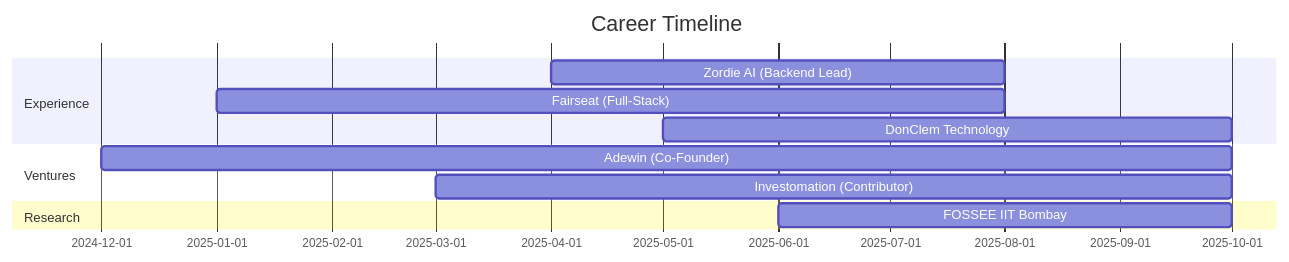
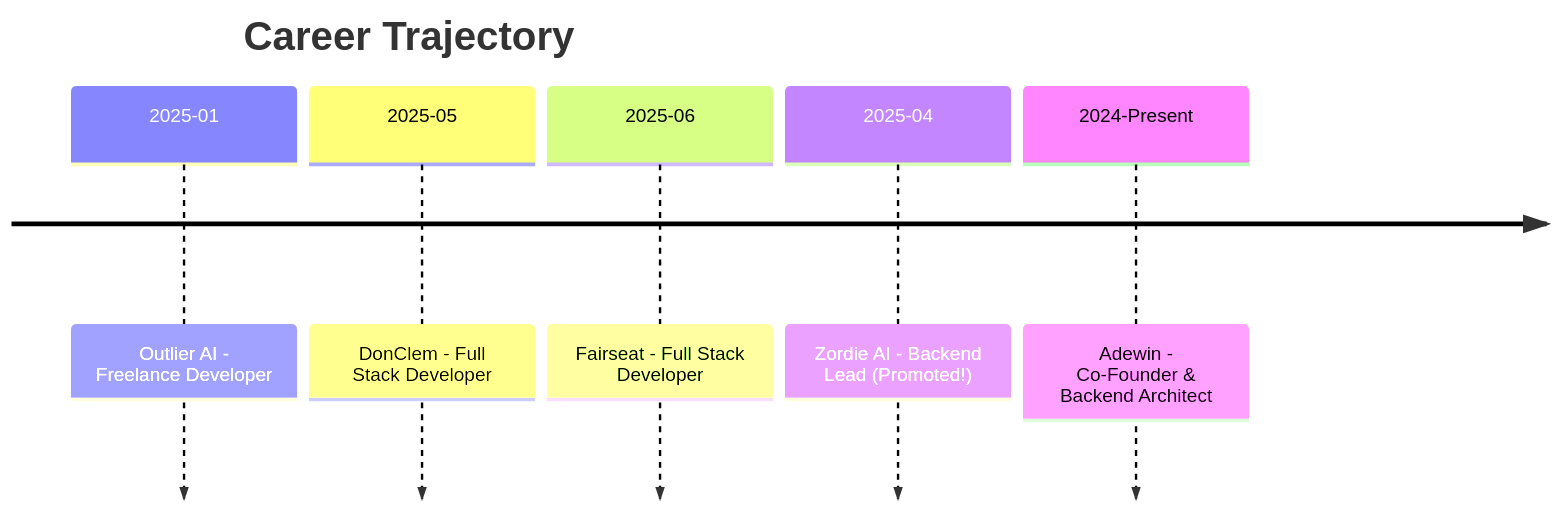
Before and after one commit to pavannani99/pavannani99: the diagram in README.md, drawn with Mermaid. The commit also changed other lines of this file, not shown here.

````diff
--- a/README.md
+++ b/README.md
@@ -223,14 +234,9 @@
 ```mermaid
-gantt
-    title Career Timeline
-    dateFormat  YYYY-MM
-    section Experience
-    Zordie AI (Backend Lead)           :2025-04, 2025-08
-    Fairseat (Full-Stack)              :2025-01, 2025-08
-    DonClem Technology                 :2025-05, 2025-10
-    section Ventures
-    Adewin (Co-Founder)                :2024-12, 2025-10
-    Investomation (Contributor)        :2025-03, 2025-10
-    section Research
-    FOSSEE IIT Bombay                  :2025-06, 2025-10
+timeline
+    title Career Trajectory
+    2025-01 : Outlier AI - Freelance Developer
+    2025-05 : DonClem - Full Stack Developer
+    2025-06 : Fairseat - Full Stack Developer  
+    2025-04 : Zordie AI - Backend Lead (Promoted!)
+    2024-Present : Adewin - Co-Founder & Backend Architect
 ```
````
